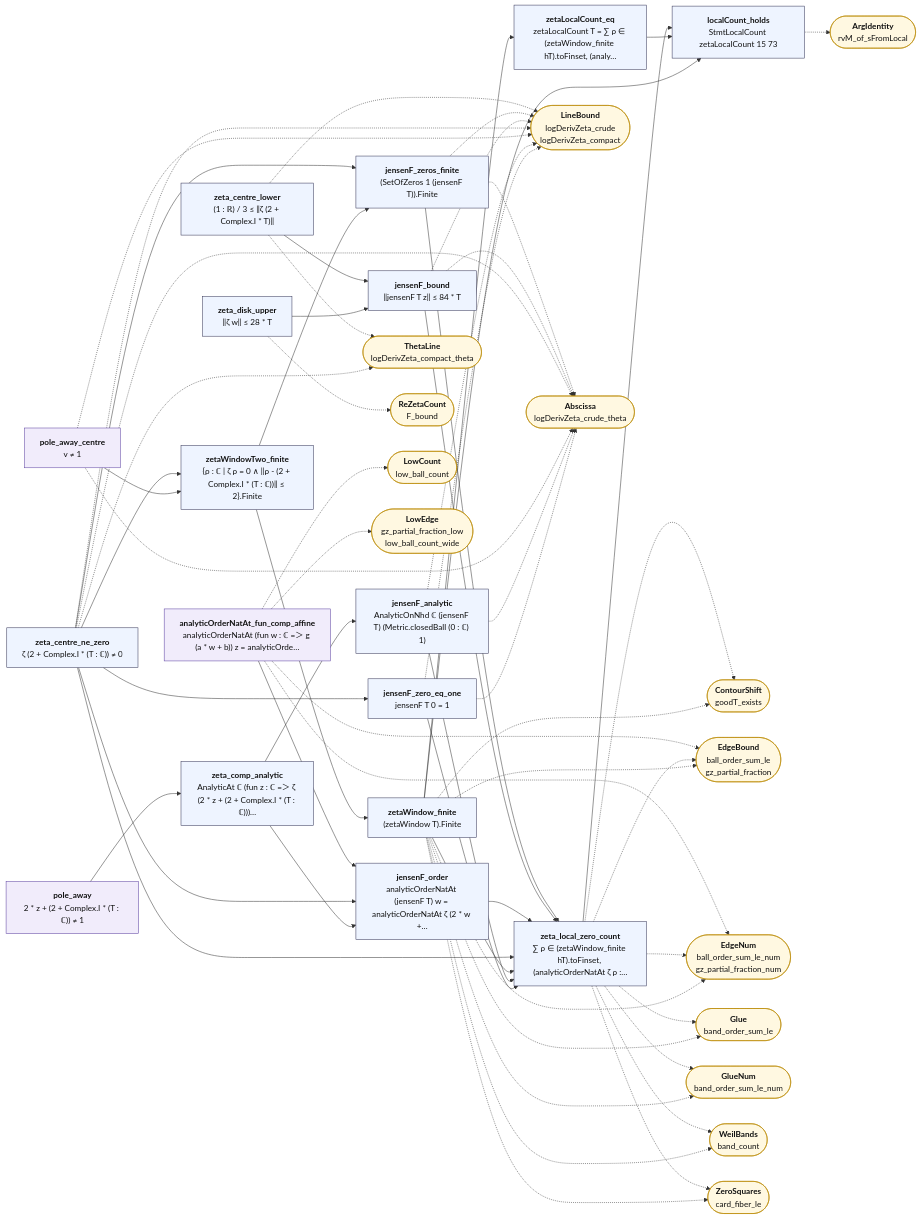
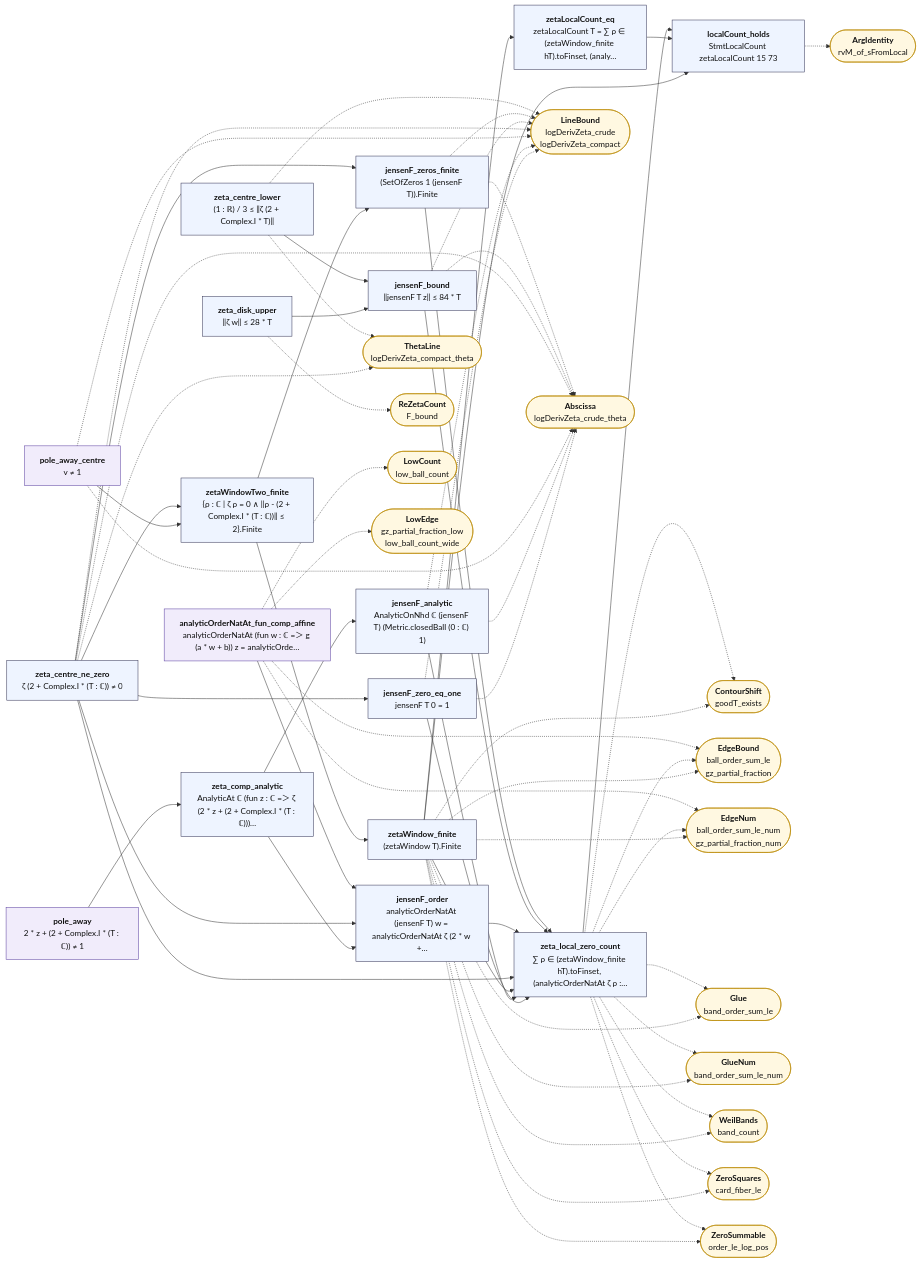
One commit to juliansambranojr/Primebeat_081426 changed the diagram in map/lean_stage3/JensenCount.mmd. Above: the diagram before and after it, drawn with Mermaid. The commit also changed 42 other files, not shown here.

First line of the commit message:
C6b: the zeros right of any line beyond one half have summable order over size (unit 0455)

```diff
--- a/map/lean_stage3/JensenCount.mmd
+++ b/map/lean_stage3/JensenCount.mmd
@@ -1,99 +1,102 @@
 flowchart LR
   n0["<b>zeta_centre_lower</b><br/>(1 : ℝ) / 3 ≤ ‖ζ (2 + Complex.I * T)‖"]:::thm
   n1["<b>zeta_disk_upper</b><br/>‖ζ w‖ ≤ 28 * T"]:::thm
   n2["<b>zeta_centre_ne_zero</b><br/>ζ (2 + Complex.I * (T : ℂ)) ≠ 0"]:::thm
   n3["<b>pole_away</b><br/>2 * z + (2 + Complex.I * (T : ℂ)) ≠ 1"]:::shp
   n4["<b>pole_away_centre</b><br/>v ≠ 1"]:::shp
   n5["<b>zetaWindowTwo_finite</b><br/>{ρ : ℂ | ζ ρ = 0 ∧ ‖ρ - (2 + Complex.I * (T : ℂ))‖ ≤ 2}.Finite"]:::thm
   n6["<b>zetaWindow_finite</b><br/>(zetaWindow T).Finite"]:::thm
   n7["<b>zeta_comp_analytic</b><br/>AnalyticAt ℂ (fun z : ℂ =＞ ζ (2 * z + (2 + Complex.I * (T : ℂ)))…"]:::thm
   n8["<b>jensenF_analytic</b><br/>AnalyticOnNhd ℂ (jensenF T) (Metric.closedBall (0 : ℂ) 1)"]:::thm
   n9["<b>jensenF_zero_eq_one</b><br/>jensenF T 0 = 1"]:::thm
   n10["<b>jensenF_zeros_finite</b><br/>(SetOfZeros 1 (jensenF T)).Finite"]:::thm
   n11["<b>jensenF_bound</b><br/>‖jensenF T z‖ ≤ 84 * T"]:::thm
   n12["<b>analyticOrderNatAt_fun_comp_affine</b><br/>analyticOrderNatAt (fun w : ℂ =＞ g (a * w + b)) z = analyticOrde…"]:::shp
   n13["<b>jensenF_order</b><br/>analyticOrderNatAt (jensenF T) w = analyticOrderNatAt ζ (2 * w +…"]:::thm
   n14["<b>zeta_local_zero_count</b><br/>∑ ρ ∈ (zetaWindow_finite hT).toFinset, (analyticOrderNatAt ζ ρ :…"]:::thm
   n15["<b>zetaLocalCount_eq</b><br/>zetaLocalCount T = ∑ ρ ∈ (zetaWindow_finite hT).toFinset, (analy…"]:::thm
   n16["<b>localCount_holds</b><br/>StmtLocalCount zetaLocalCount 15 73"]:::thm
   x0(["<b>LineBound</b><br/>logDerivZeta_crude<br/>logDerivZeta_compact"]):::ext
   x1(["<b>ThetaLine</b><br/>logDerivZeta_compact_theta"]):::ext
   x2(["<b>ReZetaCount</b><br/>F_bound"]):::ext
   x3(["<b>Abscissa</b><br/>logDerivZeta_crude_theta"]):::ext
   x4(["<b>ContourShift</b><br/>goodT_exists"]):::ext
   x5(["<b>EdgeBound</b><br/>ball_order_sum_le<br/>gz_partial_fraction"]):::ext
   x6(["<b>EdgeNum</b><br/>ball_order_sum_le_num<br/>gz_partial_fraction_num"]):::ext
   x7(["<b>Glue</b><br/>band_order_sum_le"]):::ext
   x8(["<b>GlueNum</b><br/>band_order_sum_le_num"]):::ext
   x9(["<b>WeilBands</b><br/>band_count"]):::ext
   x10(["<b>ZeroSquares</b><br/>card_fiber_le"]):::ext
-  x11(["<b>LowCount</b><br/>low_ball_count"]):::ext
-  x12(["<b>LowEdge</b><br/>gz_partial_fraction_low<br/>low_ball_count_wide"]):::ext
-  x13(["<b>ArgIdentity</b><br/>rvM_of_sFromLocal"]):::ext
+  x11(["<b>ZeroSummable</b><br/>order_le_log_pos"]):::ext
+  x12(["<b>LowCount</b><br/>low_ball_count"]):::ext
+  x13(["<b>LowEdge</b><br/>gz_partial_fraction_low<br/>low_ball_count_wide"]):::ext
+  x14(["<b>ArgIdentity</b><br/>rvM_of_sFromLocal"]):::ext
   n0 --> n11
   n1 --> n11
   n10 --> n14
   n11 --> n14
   n12 --> n13
   n13 --> n14
   n14 --> n16
   n15 --> n16
   n2 --> n10
   n2 --> n13
   n2 --> n14
   n2 --> n5
   n2 --> n9
   n3 --> n7
   n4 --> n5
   n5 --> n10
   n5 --> n6
   n6 --> n14
   n6 --> n15
   n6 --> n16
   n7 --> n13
   n7 --> n8
   n8 --> n14
   n9 --> n14
   n0 -.-> x0
   n0 -.-> x1
   n1 -.-> x2
   n10 -.-> x0
   n10 -.-> x3
   n11 -.-> x0
   n11 -.-> x3
-  n12 -.-> x11
   n12 -.-> x12
+  n12 -.-> x13
   n12 -.-> x5
   n12 -.-> x6
   n14 -.-> x10
+  n14 -.-> x11
   n14 -.-> x4
   n14 -.-> x5
   n14 -.-> x6
   n14 -.-> x7
   n14 -.-> x8
   n14 -.-> x9
-  n16 -.-> x13
+  n16 -.-> x14
   n2 -.-> x0
   n2 -.-> x1
   n2 -.-> x3
   n4 -.-> x0
   n4 -.-> x3
   n6 -.-> x10
+  n6 -.-> x11
   n6 -.-> x4
   n6 -.-> x5
   n6 -.-> x6
   n6 -.-> x7
   n6 -.-> x8
   n6 -.-> x9
   n8 -.-> x0
   n8 -.-> x3
   n9 -.-> x0
   n9 -.-> x3
   classDef cnt fill:#dff5ec,stroke:#17694a,color:#111
   classDef shp fill:#f1ecfb,stroke:#5b3fa0,color:#111
   classDef rh fill:#ffe5e5,stroke:#c22,color:#111,stroke-width:2px
   classDef thm fill:#eef4ff,stroke:#335,color:#111
   classDef end_ fill:#e7f7e7,stroke:#2a7,color:#111,stroke-width:2px
   classDef lone fill:#fff,stroke:#999,color:#111,stroke-dasharray:4 3
   classDef bad fill:#ffe5e5,stroke:#c22,color:#111,stroke-width:2px
   classDef ext fill:#fff8e1,stroke:#b80,color:#111
```
